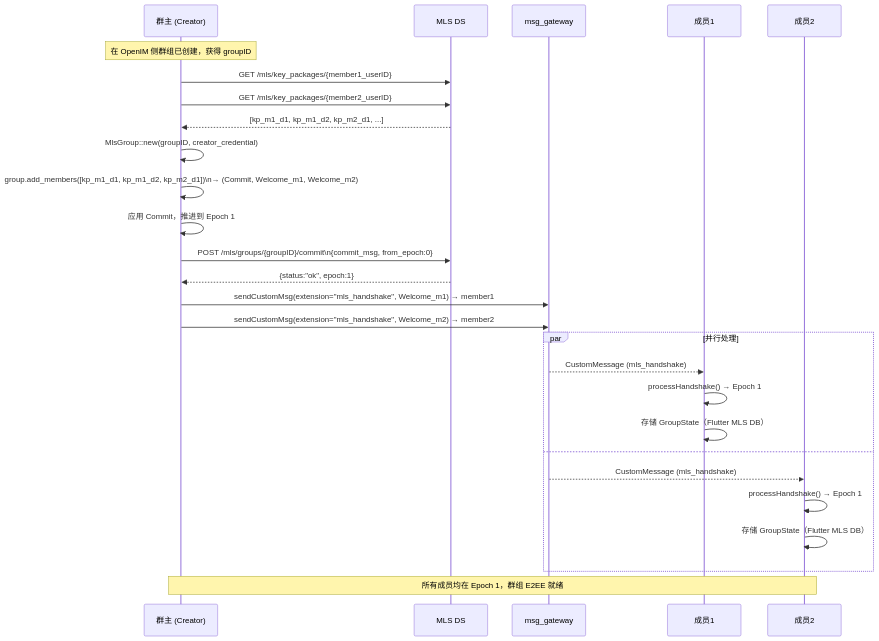
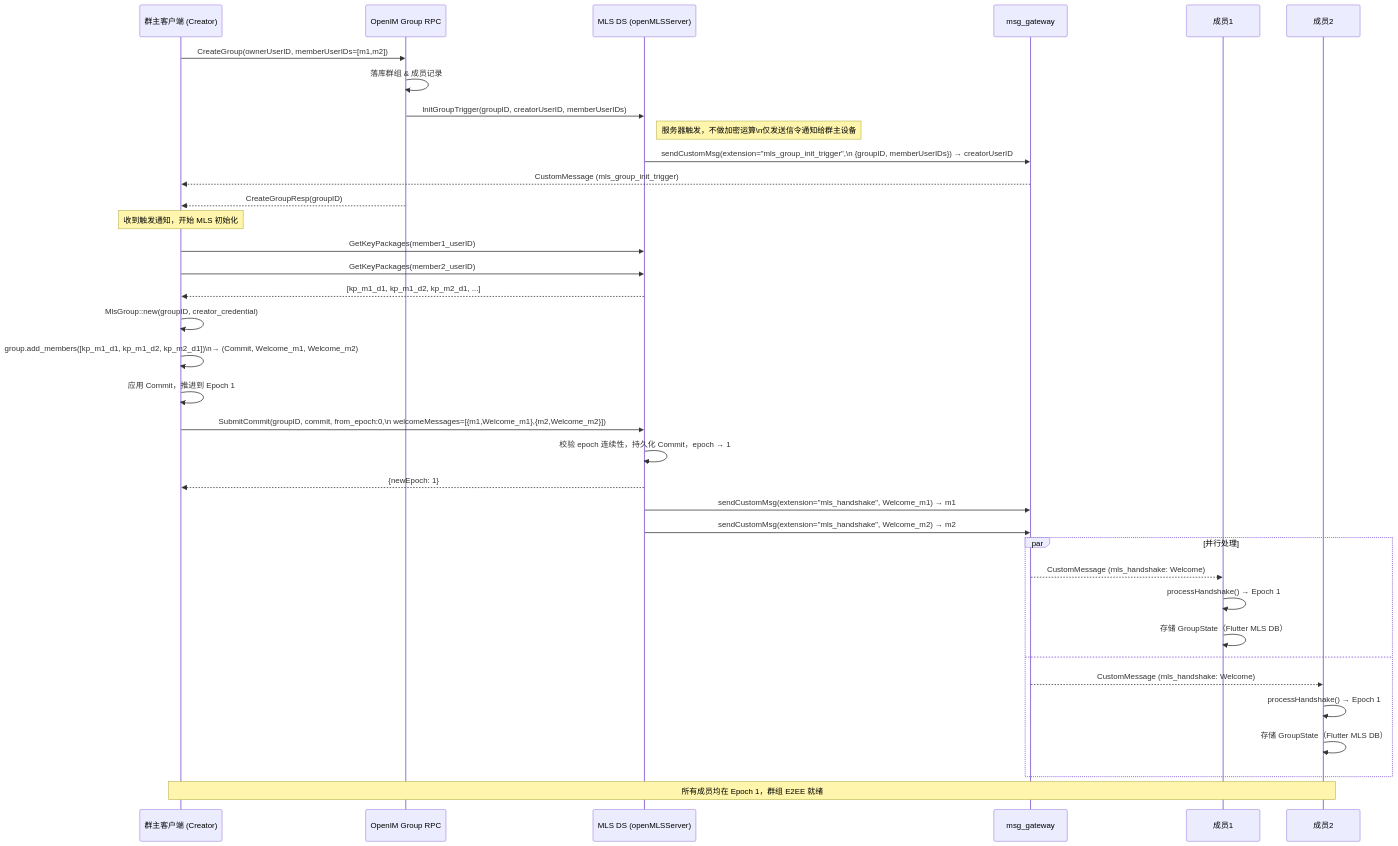
One commit to sok-im/open-im-server-origin changed the fifth of 9 diagrams in docs/e2ee-openmls-design.md. Above: the diagram before and after it, drawn with Mermaid. The commit also changed other lines of this file and 4 other files, not shown here.

````diff
--- a/docs/e2ee-openmls-design.md
+++ b/docs/e2ee-openmls-design.md
@@ -333,36 +335,46 @@
 ```mermaid
 sequenceDiagram
-    participant Creator as 群主 (Creator)
-    participant DS as MLS DS
+    participant Client as 群主客户端 (Creator)
+    participant GroupRPC as OpenIM Group RPC
+    participant DS as MLS DS (openMLSServer)
     participant GW as msg_gateway
     participant M1 as 成员1
     participant M2 as 成员2
 
-    Note over Creator: 在 OpenIM 侧群组已创建，获得 groupID
+    Client->>GroupRPC: CreateGroup(ownerUserID, memberUserIDs=[m1,m2])
+    GroupRPC->>GroupRPC: 落库群组 & 成员记录
+    GroupRPC->>DS: InitGroupTrigger(groupID, creatorUserID, memberUserIDs)
+    Note right of DS: 服务器触发，不做加密运算\n仅发送信令通知给群主设备
 
-    Creator->>DS: GET /mls/key_packages/{member1_userID}
-    Creator->>DS: GET /mls/key_packages/{member2_userID}
-    DS-->>Creator: [kp_m1_d1, kp_m1_d2, kp_m2_d1, ...]
+    DS->>GW: sendCustomMsg(extension="mls_group_init_trigger",\n  {groupID, memberUserIDs}) → creatorUserID
+    GW-->>Client: CustomMessage (mls_group_init_trigger)
+    GroupRPC-->>Client: CreateGroupResp(groupID)
 
-    Creator->>Creator: MlsGroup::new(groupID, creator_credential)
-    Creator->>Creator: group.add_members([kp_m1_d1, kp_m1_d2, kp_m2_d1])\n→ (Commit, Welcome_m1, Welcome_m2)
-    Creator->>Creator: 应用 Commit，推进到 Epoch 1
+    Note over Client: 收到触发通知，开始 MLS 初始化
+    Client->>DS: GetKeyPackages(member1_userID)
+    Client->>DS: GetKeyPackages(member2_userID)
+    DS-->>Client: [kp_m1_d1, kp_m1_d2, kp_m2_d1, ...]
 
-    Creator->>DS: POST /mls/groups/{groupID}/commit\n{commit_msg, from_epoch:0}
-    DS-->>Creator: {status:"ok", epoch:1}
+    Client->>Client: MlsGroup::new(groupID, creator_credential)
+    Client->>Client: group.add_members([kp_m1_d1, kp_m1_d2, kp_m2_d1])\n→ (Commit, Welcome_m1, Welcome_m2)
+    Client->>Client: 应用 Commit，推进到 Epoch 1
 
-    Creator->>GW: sendCustomMsg(extension="mls_handshake", Welcome_m1) → member1
-    Creator->>GW: sendCustomMsg(extension="mls_handshake", Welcome_m2) → member2
+    Client->>DS: SubmitCommit(groupID, commit, from_epoch:0,\n  welcomeMessages=[{m1,Welcome_m1},{m2,Welcome_m2}])
+    DS->>DS: 校验 epoch 连续性，持久化 Commit，epoch → 1
+    DS-->>Client: {newEpoch: 1}
+
+    DS->>GW: sendCustomMsg(extension="mls_handshake", Welcome_m1) → m1
+    DS->>GW: sendCustomMsg(extension="mls_handshake", Welcome_m2) → m2
 
     par 并行处理
-        GW-->>M1: CustomMessage (mls_handshake)
+        GW-->>M1: CustomMessage (mls_handshake: Welcome)
         M1->>M1: processHandshake() → Epoch 1
         M1->>M1: 存储 GroupState（Flutter MLS DB）
     and
-        GW-->>M2: CustomMessage (mls_handshake)
+        GW-->>M2: CustomMessage (mls_handshake: Welcome)
         M2->>M2: processHandshake() → Epoch 1
         M2->>M2: 存储 GroupState（Flutter MLS DB）
     end
 
-    Note over Creator,M2: 所有成员均在 Epoch 1，群组 E2EE 就绪
+    Note over Client,M2: 所有成员均在 Epoch 1，群组 E2EE 就绪
 ```
````
